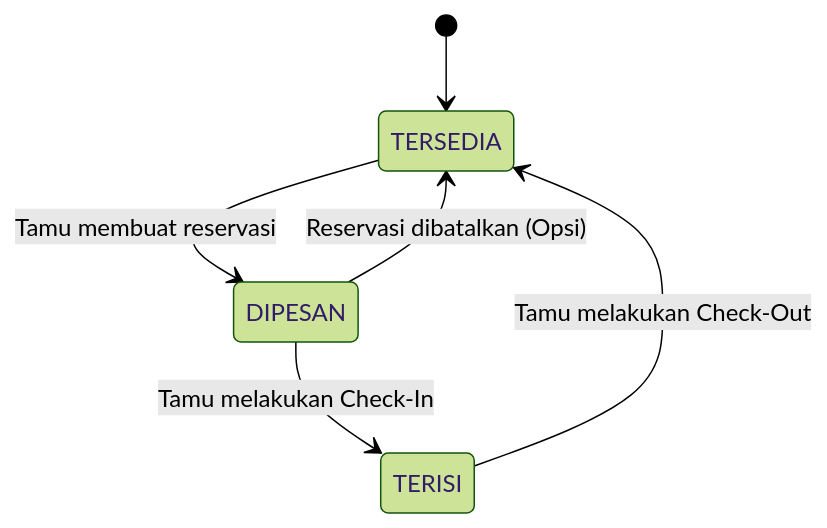
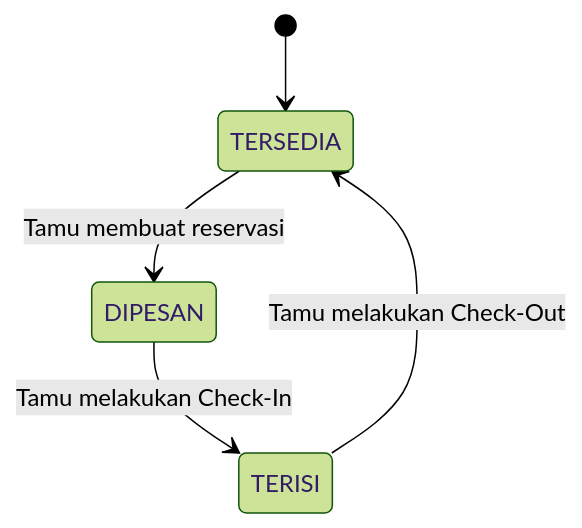
The diagram in UML_Diagrams/state.mmd (Rynfrl/HotelReservation), drawn with Mermaid (forest theme) before and after one commit. The commit also changed 8 other files, not shown here.

Commit message:
docs: sync UML mermaid diagrams with actual Java implementation

```diff
--- a/UML_Diagrams/state.mmd
+++ b/UML_Diagrams/state.mmd
@@ -1,6 +1,5 @@
 stateDiagram-v2
     [*] --> TERSEDIA
     TERSEDIA --> DIPESAN : Tamu membuat reservasi
     DIPESAN --> TERISI : Tamu melakukan Check-In
     TERISI --> TERSEDIA : Tamu melakukan Check-Out
-    DIPESAN --> TERSEDIA : Reservasi dibatalkan (Opsi)
```
